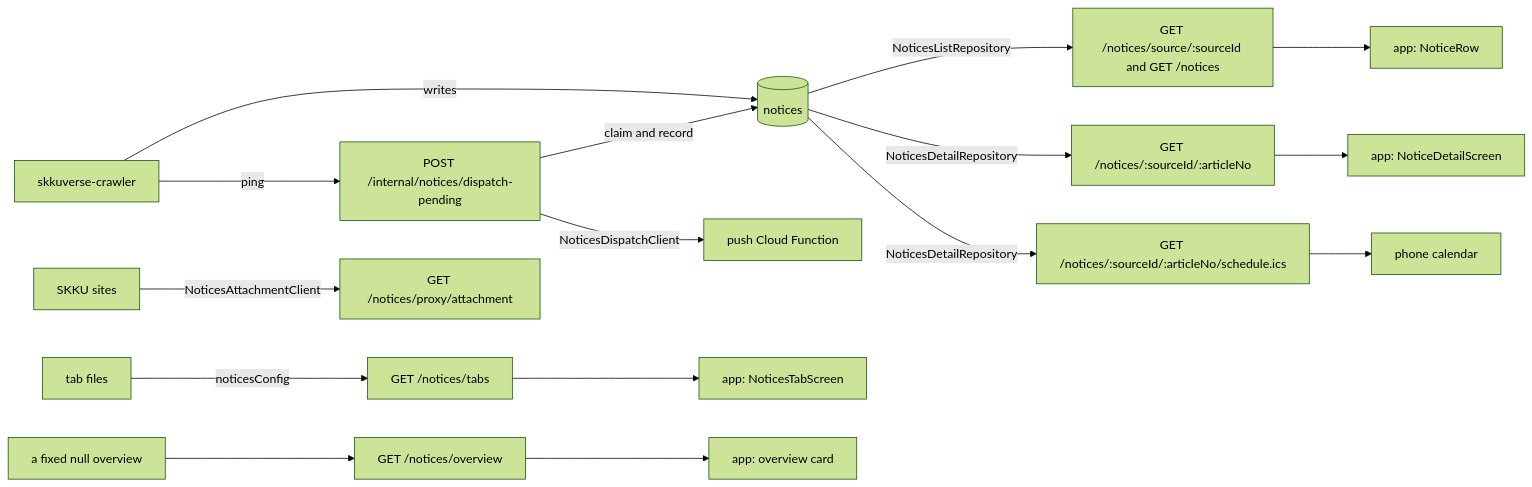
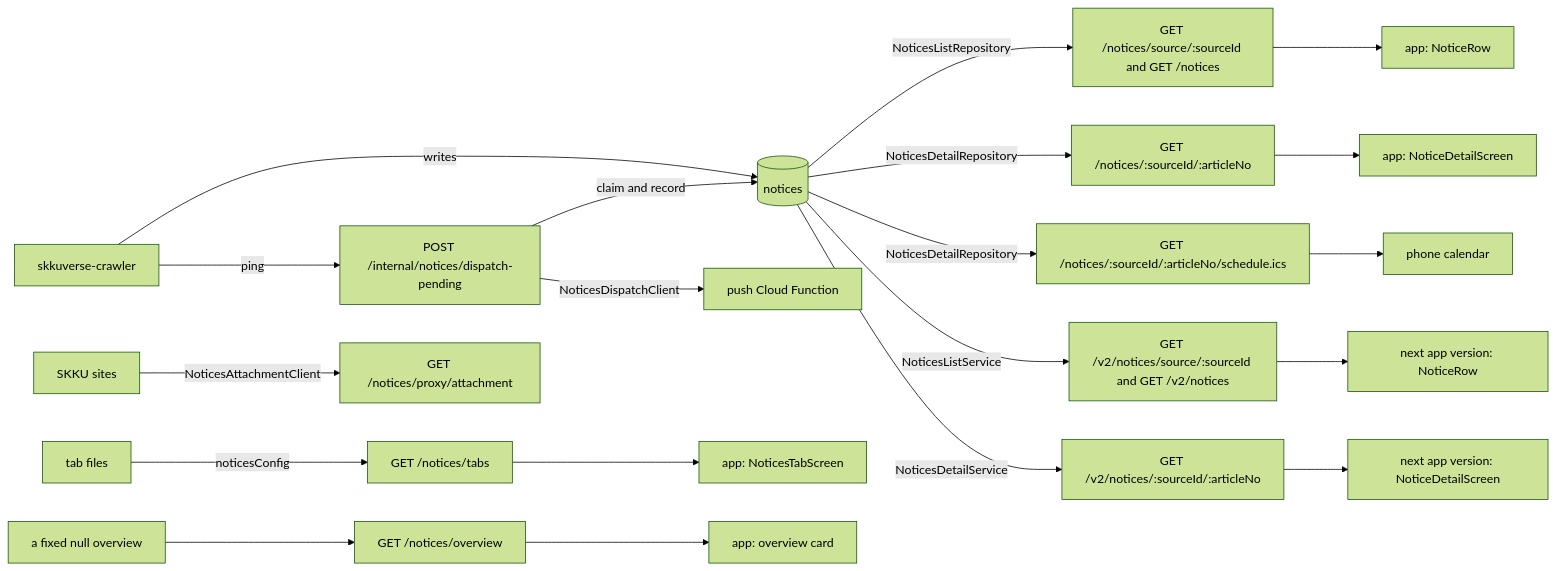
One commit to spencer0124/skkuverse-server changed the diagram in docs/explanation/notices-architecture.md. Above: the diagram before and after it, drawn with Mermaid (forest theme). The commit also changed other lines of this file and 33 other files, not shown here.

````diff
--- a/docs/explanation/notices-architecture.md
+++ b/docs/explanation/notices-architecture.md
@@ -64,18 +66,22 @@
 ```mermaid
 flowchart LR
   crawler["skkuverse-crawler"] -->|writes| coll[("notices")]
   coll -->|NoticesListRepository| list["GET /notices/source/:sourceId and GET /notices"]
   coll -->|NoticesDetailRepository| detail["GET /notices/:sourceId/:articleNo"]
   coll -->|NoticesDetailRepository| ics["GET /notices/:sourceId/:articleNo/schedule.ics"]
+  coll -->|NoticesListService| listV2["GET /v2/notices/source/:sourceId and GET /v2/notices"]
+  coll -->|NoticesDetailService| detailV2["GET /v2/notices/:sourceId/:articleNo"]
   ics --> calendar["phone calendar"]
   stub["a fixed null overview"] --> overview["GET /notices/overview"]
   files["tab files"] -->|noticesConfig| tabs["GET /notices/tabs"]
   sites["SKKU sites"] -->|NoticesAttachmentClient| proxy["GET /notices/proxy/attachment"]
   crawler -->|ping| ping["POST /internal/notices/dispatch-pending"]
   ping -->|claim and record| coll
   ping -->|NoticesDispatchClient| fcm["push Cloud Function"]
   tabs --> tabScreen["app: NoticesTabScreen"]
   list --> row["app: NoticeRow"]
   detail --> detailScreen["app: NoticeDetailScreen"]
+  listV2 --> rowV2["next app version: NoticeRow"]
+  detailV2 --> detailScreenV2["next app version: NoticeDetailScreen"]
   overview --> card["app: overview card"]
 ```
````
